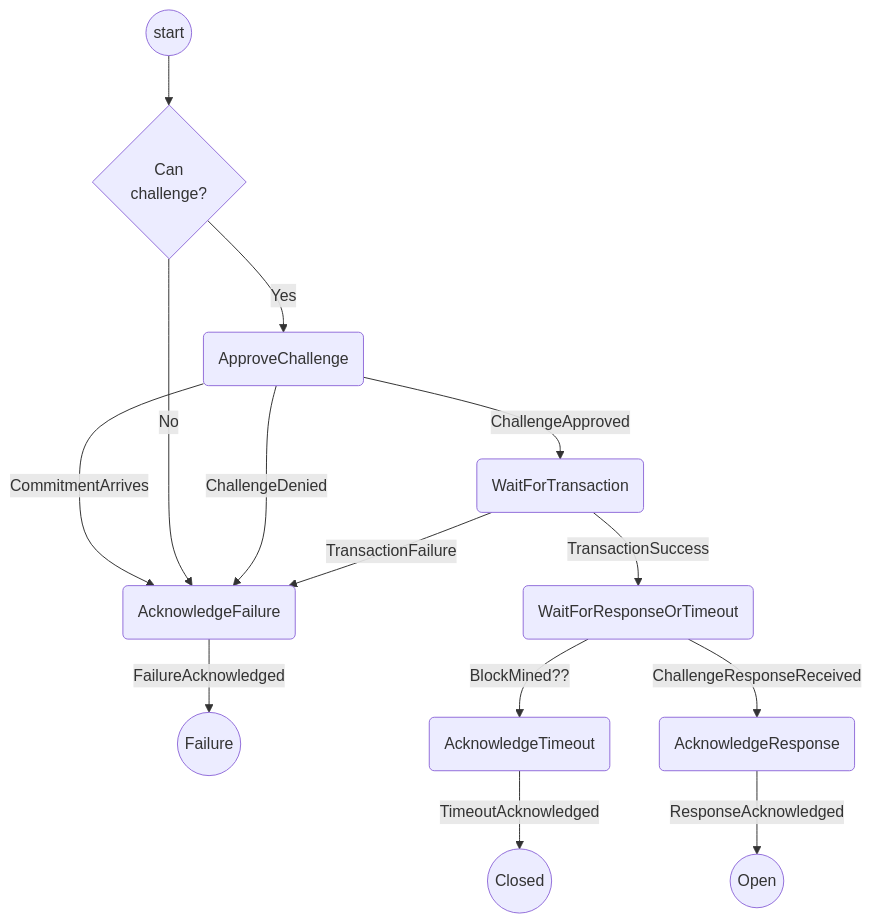
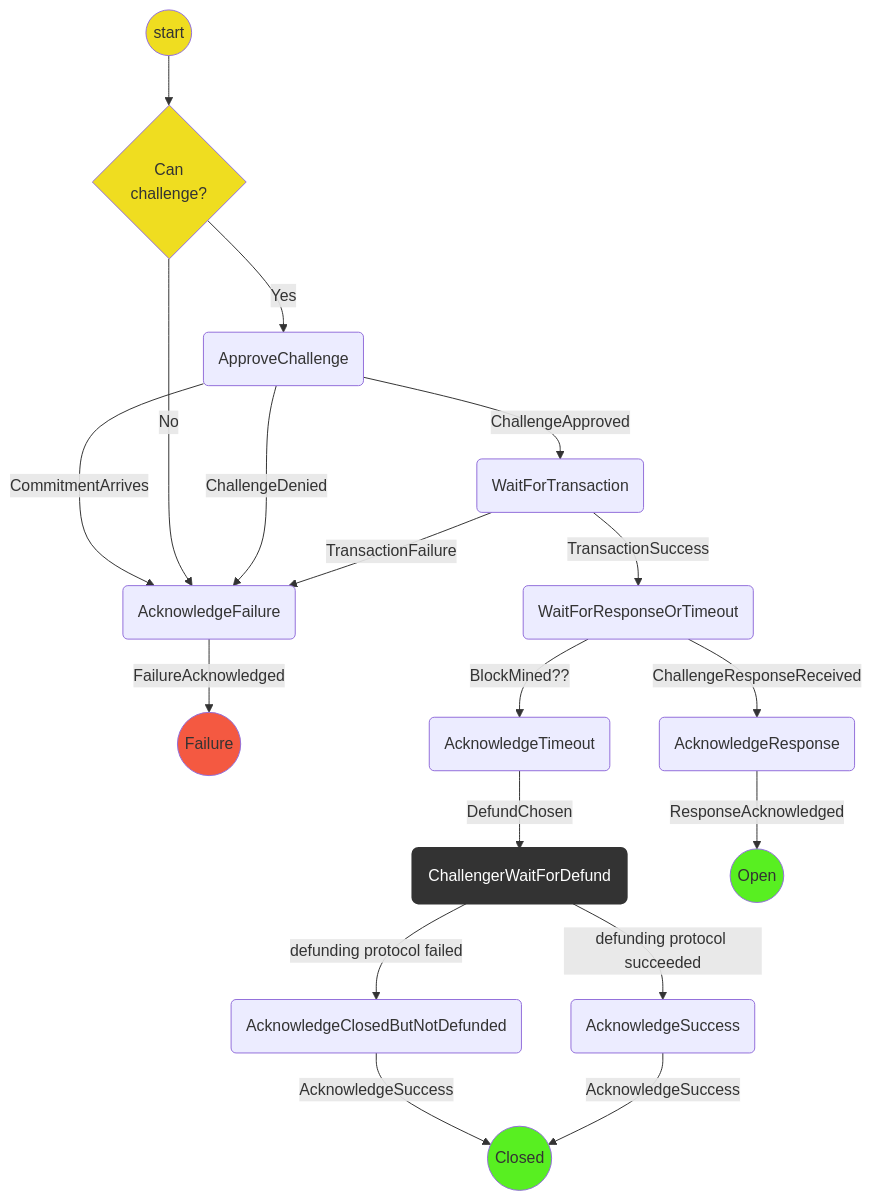
One commit to magmo/apps changed the diagram in packages/wallet/src/redux/protocols/challenging/readme.md. Above: the diagram before and after it, drawn with Mermaid. The commit also changed other lines of this file and 2 other files, not shown here.

Commit message:
Add defunding path to challenging readme

````diff
--- a/packages/wallet/src/redux/protocols/challenging/readme.md
+++ b/packages/wallet/src/redux/protocols/challenging/readme.md
@@ -19,16 +21,29 @@
 ```mermaid
 graph TD
+linkStyle default interpolate basis
   S((start)) --> CE{Can<br/>challenge?}
   CE --> |Yes| WFA(ApproveChallenge)
   WFA --> |CommitmentArrives| AF
   WFA --> |ChallengeApproved| WFT(WaitForTransaction)
   CE --> |No| AF
   WFA --> |ChallengeDenied| AF(AcknowledgeFailure)
   AF --> |FailureAcknowledged| F((Failure))
   WFT --> |TransactionSuccess| WFRT(WaitForResponseOrTimeout)
   WFT --> |TransactionFailure| AF
   WFRT --> |BlockMined??| AT(AcknowledgeTimeout)
-  AT --> |TimeoutAcknowledged| SC((Closed))
+  AT --> |DefundChosen| D(ChallengerWaitForDefund)
+  D   --> |defunding protocol succeeded| AS(AcknowledgeSuccess)
+  D   --> |defunding protocol failed| ACBND(AcknowledgeClosedButNotDefunded)
+  ACBND -->|AcknowledgeSuccess| SC((Closed))
+  AS -->|AcknowledgeSuccess| SC((Closed))
   WFRT --> |ChallengeResponseReceived| AR(AcknowledgeResponse)
   AR --> |ResponseAcknowledged| SP((Open))
+  classDef logic fill:#efdd20;
+  classDef Success fill:#58ef21;
+  classDef Failure fill:#f45941;
+  classDef WaitForChildProtocol stroke:#333,stroke-width:4px,color:#ffff,fill:#333;
+  class S,CE logic;
+  class SP,SC Success;
+  class F Failure;
+  class D WaitForChildProtocol;
 ```
````
